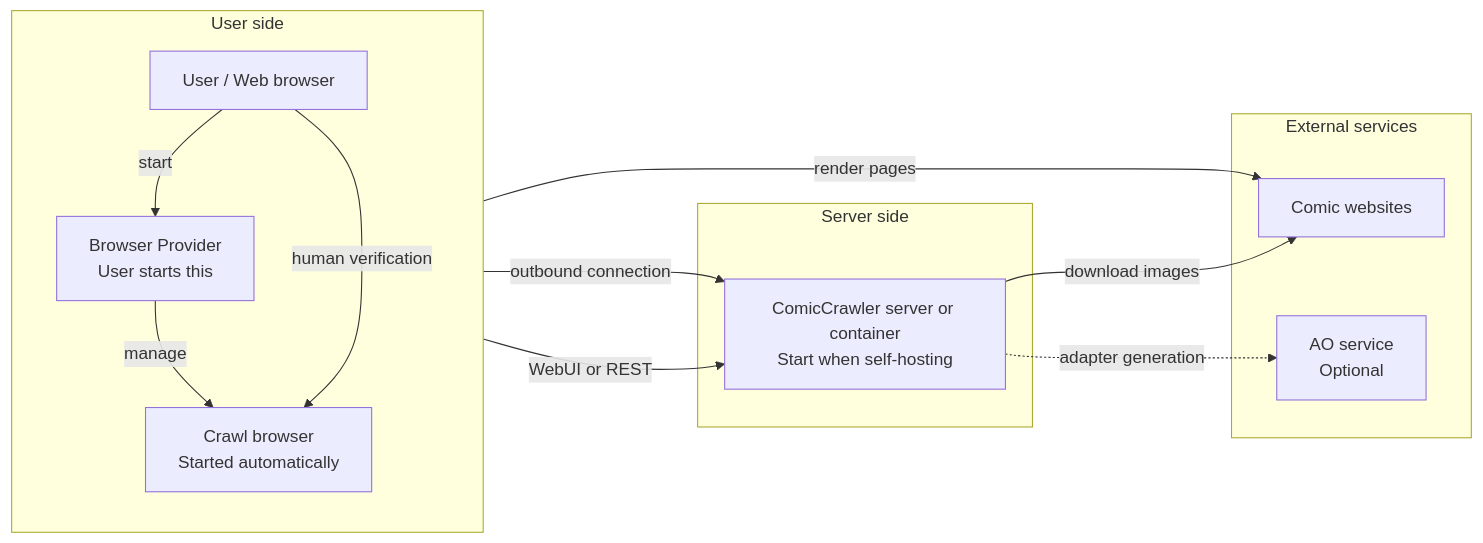
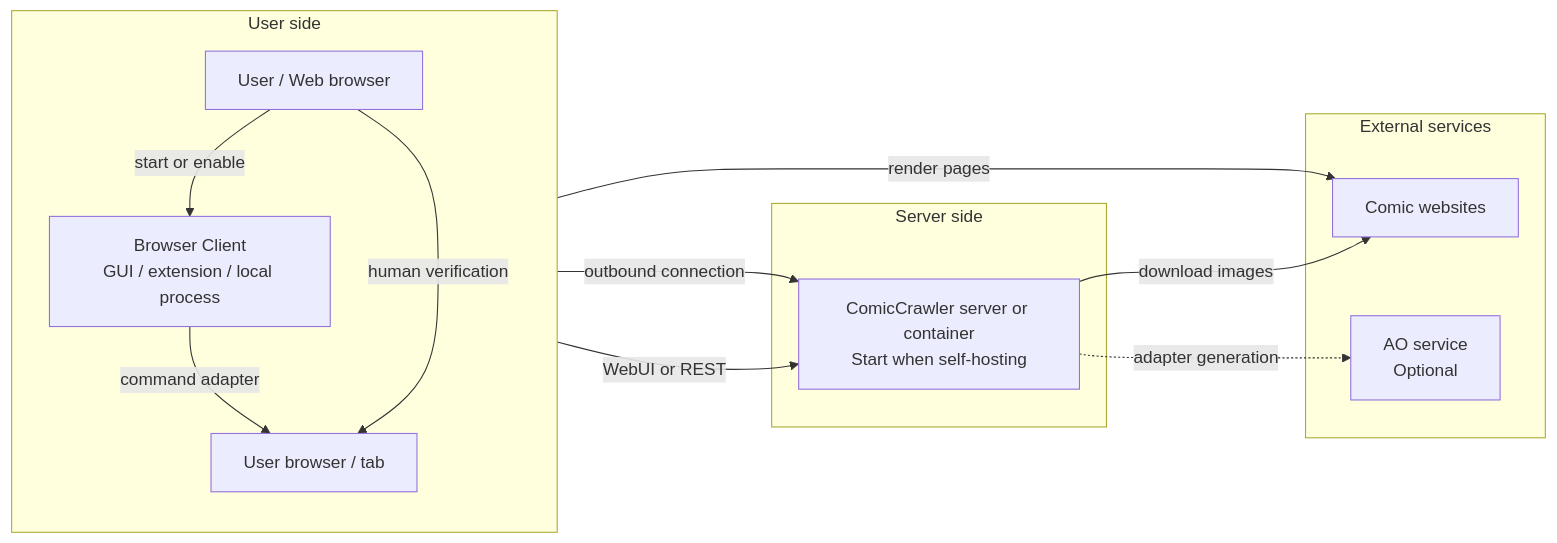
One commit to luberserker0v0/comic-crawler changed the diagram in README.md. Above: the diagram before and after it, drawn with Mermaid. The commit also changed other lines of this file and 163 other files, not shown here.

Commit message:
feat: replace browser provider with browser client framework

````diff
--- a/README.md
+++ b/README.md
@@ -82,27 +82,27 @@
 ```mermaid
 flowchart LR
   subgraph ClientSide["User side"]
     direction TB
     User["User / Web browser"]
-    Provider["Browser Provider<br/>User starts this"]
-    Browser["Crawl browser<br/>Started automatically"]
-    User -->|"start"| Provider
-    Provider -->|"manage"| Browser
+    Provider["Browser Client<br/>GUI / extension / local process"]
+    Browser["User browser / tab"]
+    User -->|"start or enable"| Provider
+    Provider -->|"command adapter"| Browser
     User -->|"human verification"| Browser
   end
 
   subgraph ServerSide["Server side"]
     Server["ComicCrawler server or container<br/>Start when self-hosting"]
   end
 
   subgraph External["External services"]
     Sites["Comic websites"]
     AO["AO service<br/>Optional"]
   end
 
   User -->|"WebUI or REST"| Server
   Provider -->|"outbound connection"| Server
   Browser -->|"render pages"| Sites
   Server -->|"download images"| Sites
   Server -.->|"adapter generation"| AO
 ```
````
